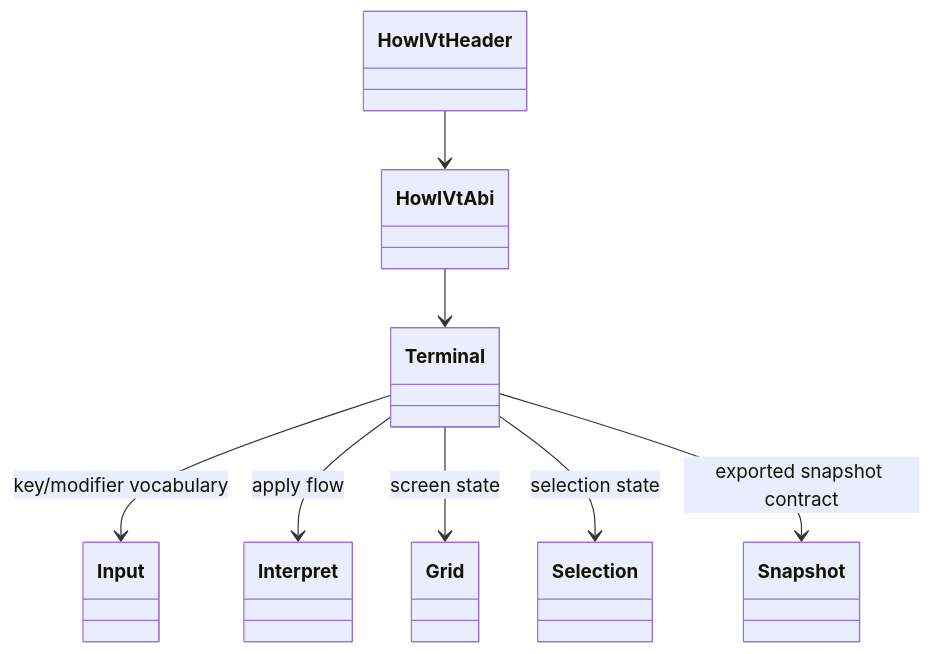
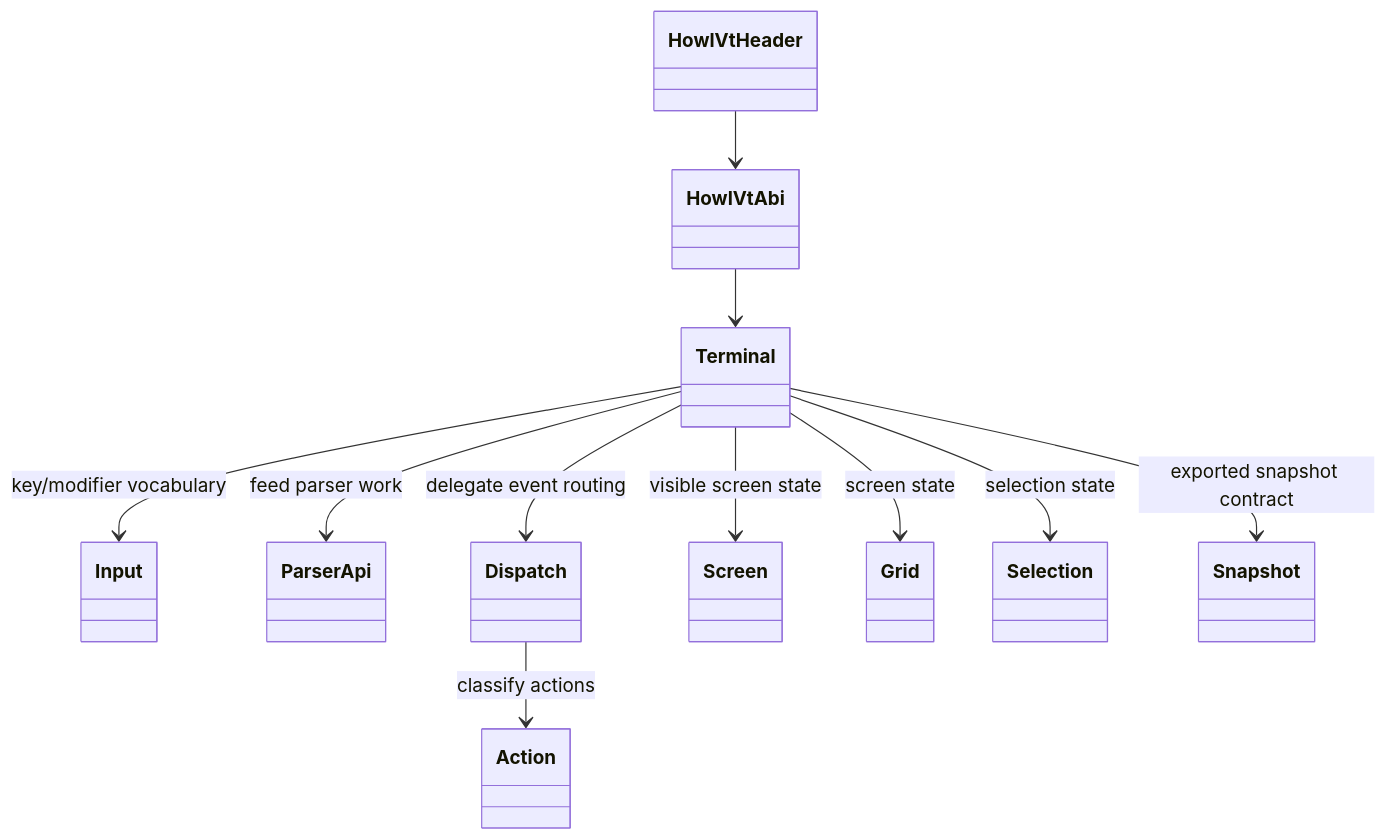
Before and after one commit to LaurenceGuws/howl-vt: the first of 4 diagrams in design.md, drawn with Mermaid. The commit also changed other lines of this file and 51 other files, not shown here.

````diff
--- a/design.md
+++ b/design.md
@@ -28,19 +28,25 @@
 ```mermaid
 classDiagram
     class HowlVtHeader
     class HowlVtAbi
     class Terminal
     class Input
-    class Interpret
+    class ParserApi
+    class Action
+    class Dispatch
+    class Screen
     class Grid
     class Selection
     class Snapshot
 
     HowlVtHeader --> HowlVtAbi
     HowlVtAbi --> Terminal
     Terminal --> Input : key/modifier vocabulary
-    Terminal --> Interpret : apply flow
+    Terminal --> ParserApi : feed parser work
+    Terminal --> Dispatch : delegate event routing
+    Dispatch --> Action : classify actions
+    Terminal --> Screen : visible screen state
     Terminal --> Grid : screen state
     Terminal --> Selection : selection state
     Terminal --> Snapshot : exported snapshot contract
 ```
````
